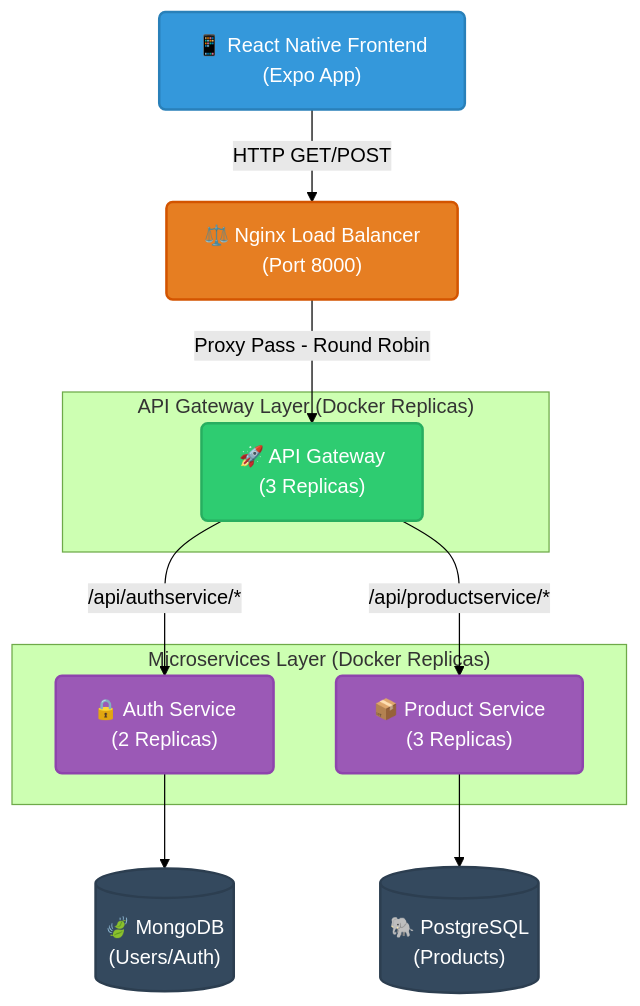
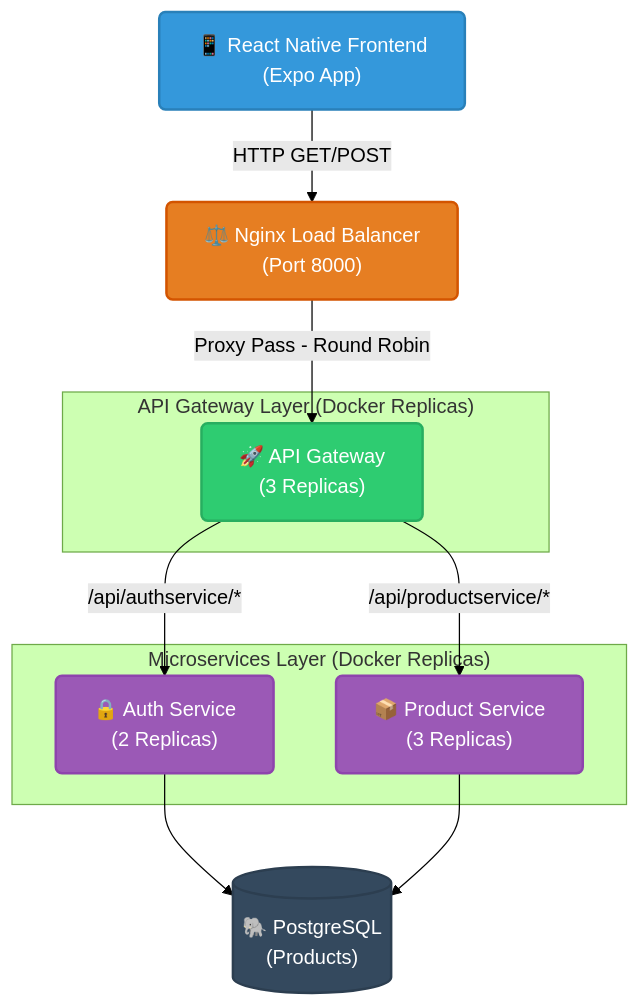
The diagram in README.md (Jeet-827/react-Native-App), drawn with Mermaid (forest theme) before and after one commit.

````diff
--- a/README.md
+++ b/README.md
@@ -9,40 +9,40 @@
 ```mermaid
 graph TD
     %% Define styles
     classDef client fill:#3498db,stroke:#2980b9,stroke-width:2px,color:#fff,rx:5px,ry:5px
     classDef lb fill:#e67e22,stroke:#d35400,stroke-width:2px,color:#fff,rx:5px,ry:5px
     classDef gateway fill:#2ecc71,stroke:#27ae60,stroke-width:2px,color:#fff,rx:5px,ry:5px
     classDef service fill:#9b59b6,stroke:#8e44ad,stroke-width:2px,color:#fff,rx:5px,ry:5px
     classDef db fill:#34495e,stroke:#2c3e50,stroke-width:2px,color:#fff,rx:5px,ry:5px
 
     %% Nodes
     Client["📱 React Native Frontend<br/>(Expo App)"]:::client
     
     Nginx["⚖️ Nginx Load Balancer<br/>(Port 8000)"]:::lb
     
     subgraph "API Gateway Layer (Docker Replicas)"
         Gateway["🚀 API Gateway<br/>(3 Replicas)"]:::gateway
     end
     
     subgraph "Microservices Layer (Docker Replicas)"
         AuthService["🔒 Auth Service<br/>(2 Replicas)"]:::service
         ProductService["📦 Product Service<br/>(3 Replicas)"]:::service
     end
     
-    MongoDB[("🍃 MongoDB<br/>(Users/Auth)")]:::db
+    PostgreSQL[("🐘 PostgreSQL<br/>(Products)")]:::db
     PostgreSQL[("🐘 PostgreSQL<br/>(Products)")]:::db
 
     %% Connections
     Client -->|HTTP GET/POST| Nginx
     
     %% Nginx to Gateway Replicas
     Nginx -->|Proxy Pass - Round Robin| Gateway
     
     %% Gateway to Microservices
     Gateway -->|/api/authservice/*| AuthService
     Gateway -->|/api/productservice/*| ProductService
     
     %% Microservices to Databases
-    AuthService --> MongoDB
+    AuthService --> PostgreSQL
     ProductService --> PostgreSQL
 ```
````
